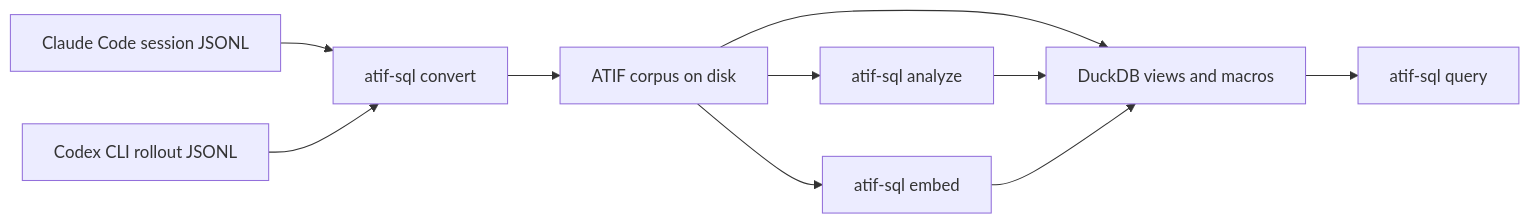
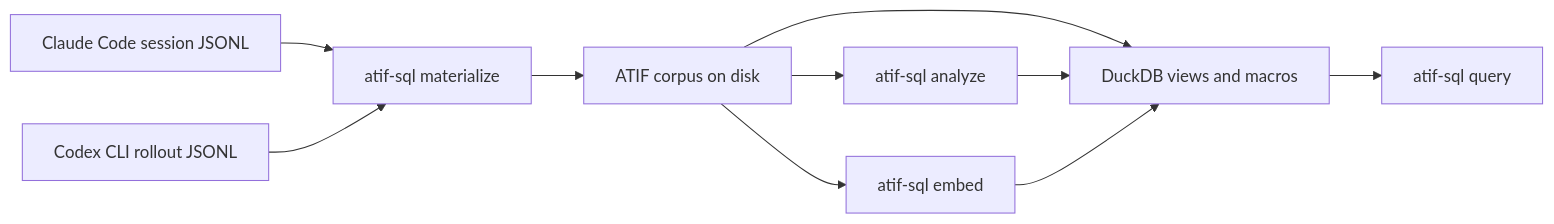
One commit to laithalsaadoon/atif-sql changed the diagram in site/authored/index.md. Above: the diagram before and after it, drawn with Mermaid. The commit also changed other lines of this file and 32 other files, not shown here.

````diff
--- a/site/authored/index.md
+++ b/site/authored/index.md
@@ -18,12 +18,12 @@
 ```mermaid The conversion pipeline: a Claude Code session JSONL or a Codex CLI rollout JSONL is converted once to an ATIF corpus on disk, and every DuckDB view, analytics pipeline and embedding run reads that corpus.
 flowchart LR
-  jsonl[Claude Code session JSONL] --> convert[atif-sql convert]
-  rollout[Codex CLI rollout JSONL] --> convert
-  convert --> corpus[ATIF corpus on disk]
+  jsonl[Claude Code session JSONL] --> materialize[atif-sql materialize]
+  rollout[Codex CLI rollout JSONL] --> materialize
+  materialize --> corpus[ATIF corpus on disk]
   corpus --> duck[DuckDB views and macros]
   duck --> query[atif-sql query]
   corpus --> analyze[atif-sql analyze]
   analyze --> duck
   corpus --> embed[atif-sql embed]
   embed --> duck
 ```
````
